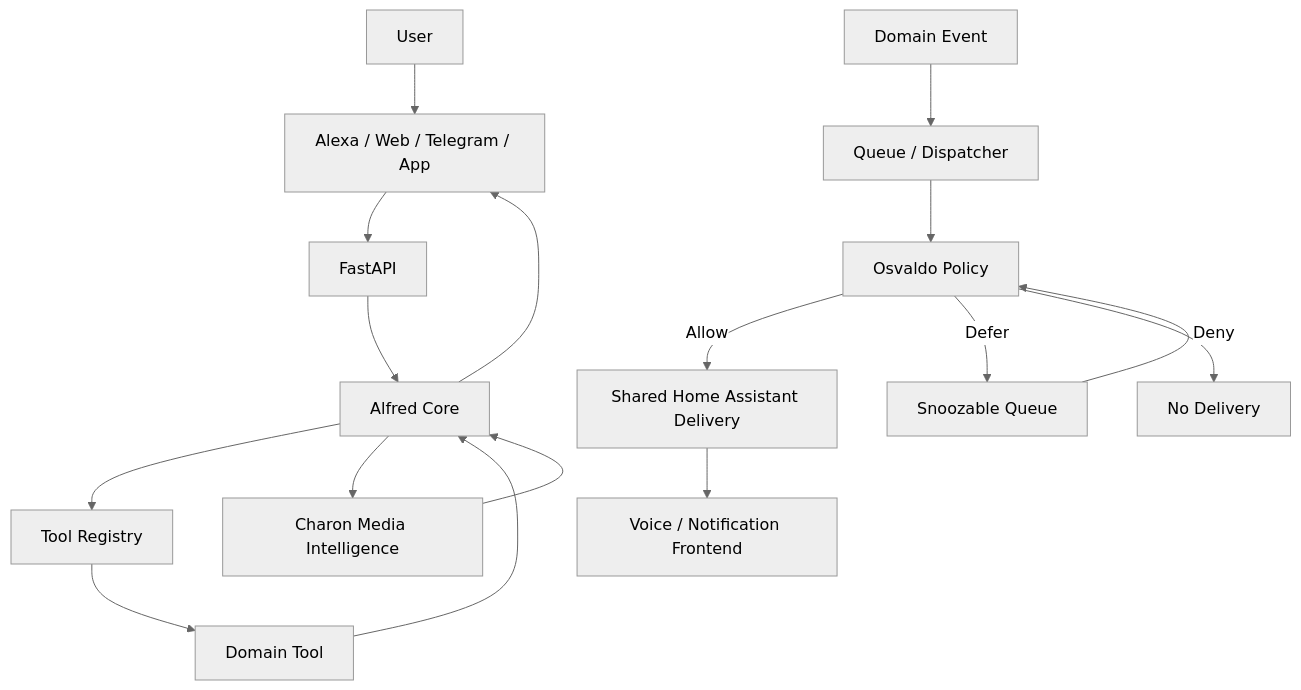
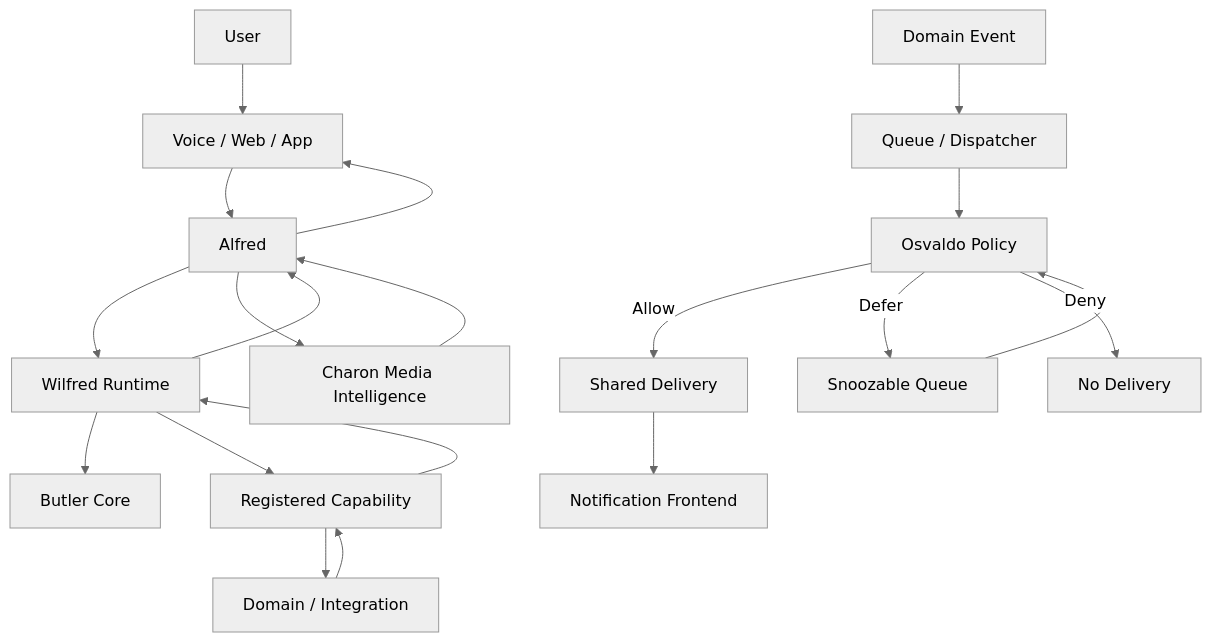
One commit to keriol/Iot-home-automation changed the diagram in docs/diagrams/alfred-ecosystem-flow.md. Above: the diagram before and after it, drawn with Mermaid (neutral theme). The commit also changed other lines of this file and 6 other files, not shown here.

Commit message:
docs(portfolio): document Butler runtime layering [DOC-001]

````diff
--- a/docs/diagrams/alfred-ecosystem-flow.md
+++ b/docs/diagrams/alfred-ecosystem-flow.md
@@ -3,23 +3,28 @@
 ```mermaid
 flowchart TD
-    User[User] --> Frontend[Alexa / Web / Telegram / App]
-    Frontend --> API[FastAPI]
-    API --> Alfred[Alfred Core]
-    Alfred --> Registry[Tool Registry]
-    Registry --> Tool[Domain Tool]
-    Tool --> Alfred
+    User[User] --> Frontend[Voice / Web / App]
+    Frontend --> Alfred[Alfred]
+
+    Alfred --> Wilfred[Wilfred Runtime]
+    Wilfred --> Core[Butler Core]
+    Wilfred --> Capability[Registered Capability]
+
+    Capability --> Domain[Domain / Integration]
+    Domain --> Capability
+    Capability --> Wilfred
+    Wilfred --> Alfred
     Alfred --> Frontend
 
     Event[Domain Event] --> Queue[Queue / Dispatcher]
     Queue --> Osvaldo[Osvaldo Policy]
 
-    Osvaldo -->|Allow| Delivery[Shared Home Assistant Delivery]
+    Osvaldo -->|Allow| Delivery[Shared Delivery]
     Osvaldo -->|Defer| Snoozable[Snoozable Queue]
     Osvaldo -->|Deny| NoDelivery[No Delivery]
 
     Snoozable --> Osvaldo
-    Delivery --> NotificationFrontend[Voice / Notification Frontend]
+    Delivery --> NotificationFrontend[Notification Frontend]
 
     Alfred --> Charon[Charon Media Intelligence]
     Charon --> Alfred
 ```
````
